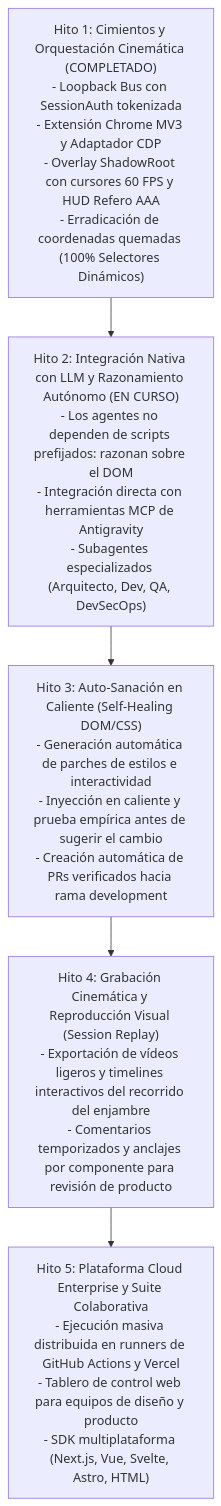
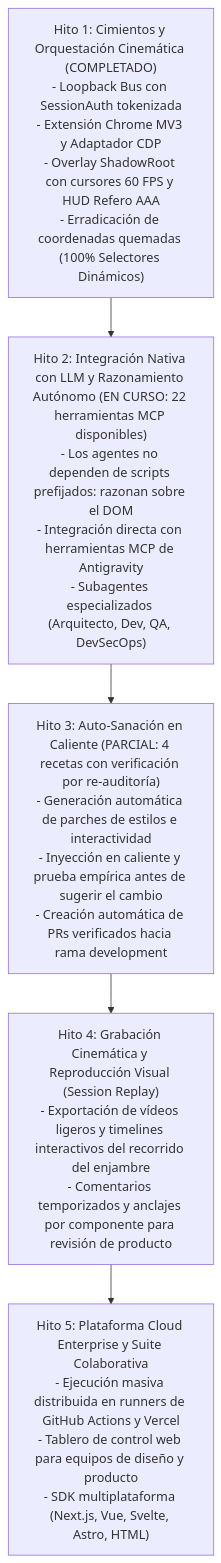
Before and after one commit to brayancortes22/swarm-qa-browser: the seventh of 7 diagrams in docs/SWARM_QA_PLATFORM_SPEC.md, drawn with Mermaid. The commit also changed other lines of this file and 13 other files, not shown here.

````diff
--- a/docs/SWARM_QA_PLATFORM_SPEC.md
+++ b/docs/SWARM_QA_PLATFORM_SPEC.md
@@ -263,17 +266,17 @@
 ```mermaid
 flowchart TD
     M1["Hito 1: Cimientos y Orquestación Cinemática (COMPLETADO)<br/>- Loopback Bus con SessionAuth tokenizada<br/>- Extensión Chrome MV3 y Adaptador CDP<br/>- Overlay ShadowRoot con cursores 60 FPS y HUD Refero AAA<br/>- Erradicación de coordenadas quemadas (100% Selectores Dinámicos)"]
     
-    M2["Hito 2: Integración Nativa con LLM y Razonamiento Autónomo (EN CURSO)<br/>- Los agentes no dependen de scripts prefijados: razonan sobre el DOM<br/>- Integración directa con herramientas MCP de Antigravity<br/>- Subagentes especializados (Arquitecto, Dev, QA, DevSecOps)"]
+    M2["Hito 2: Integración Nativa con LLM y Razonamiento Autónomo (EN CURSO: 22 herramientas MCP disponibles)<br/>- Los agentes no dependen de scripts prefijados: razonan sobre el DOM<br/>- Integración directa con herramientas MCP de Antigravity<br/>- Subagentes especializados (Arquitecto, Dev, QA, DevSecOps)"]
     
-    M3["Hito 3: Auto-Sanación en Caliente (Self-Healing DOM/CSS)<br/>- Generación automática de parches de estilos e interactividad<br/>- Inyección en caliente y prueba empírica antes de sugerir el cambio<br/>- Creación automática de PRs verificados hacia rama development"]
+    M3["Hito 3: Auto-Sanación en Caliente (PARCIAL: 4 recetas con verificación por re-auditoría)<br/>- Generación automática de parches de estilos e interactividad<br/>- Inyección en caliente y prueba empírica antes de sugerir el cambio<br/>- Creación automática de PRs verificados hacia rama development"]
     
     M4["Hito 4: Grabación Cinemática y Reproducción Visual (Session Replay)<br/>- Exportación de vídeos ligeros y timelines interactivos del recorrido del enjambre<br/>- Comentarios temporizados y anclajes por componente para revisión de producto"]
     
     M5["Hito 5: Plataforma Cloud Enterprise y Suite Colaborativa<br/>- Ejecución masiva distribuida en runners de GitHub Actions y Vercel<br/>- Tablero de control web para equipos de diseño y producto<br/>- SDK multiplataforma (Next.js, Vue, Svelte, Astro, HTML)"]
 
     M1 --> M2
     M2 --> M3
     M3 --> M4
     M4 --> M5
 ```
````
